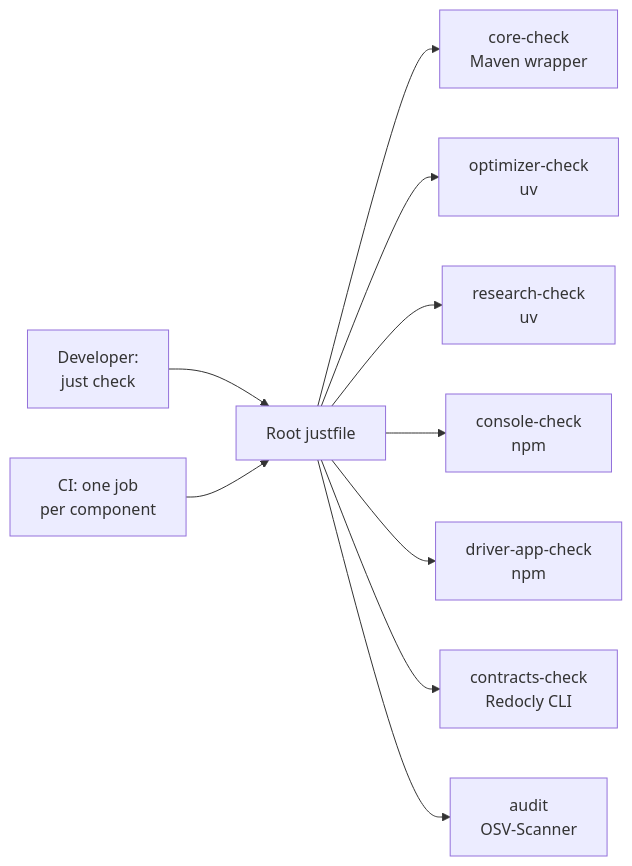
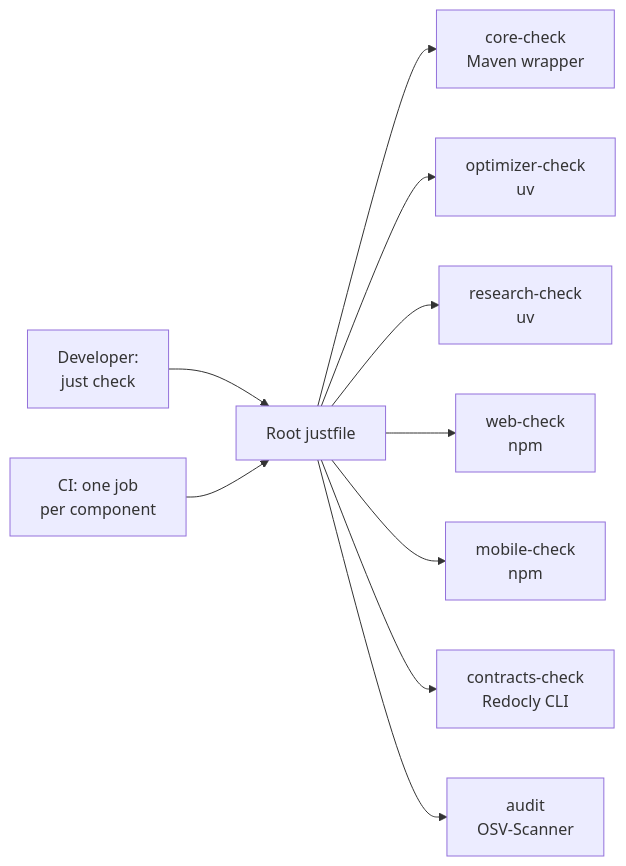
Before and after one commit to NaimElijah/DispatchFlow: the diagram in docs/ADRs/ADR-009-just-as-the-single-entry-point.md, drawn with Mermaid. The commit also changed other lines of this file and 73 other files, not shown here.

First line of the commit message:
refactor: rename the console to web and the driver app to mobile

````diff
--- a/docs/ADRs/ADR-009-just-as-the-single-entry-point.md
+++ b/docs/ADRs/ADR-009-just-as-the-single-entry-point.md
@@ -25,12 +25,12 @@
 ```mermaid
 flowchart LR
     dev["Developer:<br/>just check"] --> just["Root justfile"]
     ci["CI: one job<br/>per component"] --> just
     just --> core["core-check<br/>Maven wrapper"]
     just --> optimizer["optimizer-check<br/>uv"]
     just --> research["research-check<br/>uv"]
-    just --> console["console-check<br/>npm"]
-    just --> driver["driver-app-check<br/>npm"]
+    just --> web["web-check<br/>npm"]
+    just --> mobile["mobile-check<br/>npm"]
     just --> contracts["contracts-check<br/>Redocly CLI"]
     just --> audit["audit<br/>OSV-Scanner"]
 ```
````
